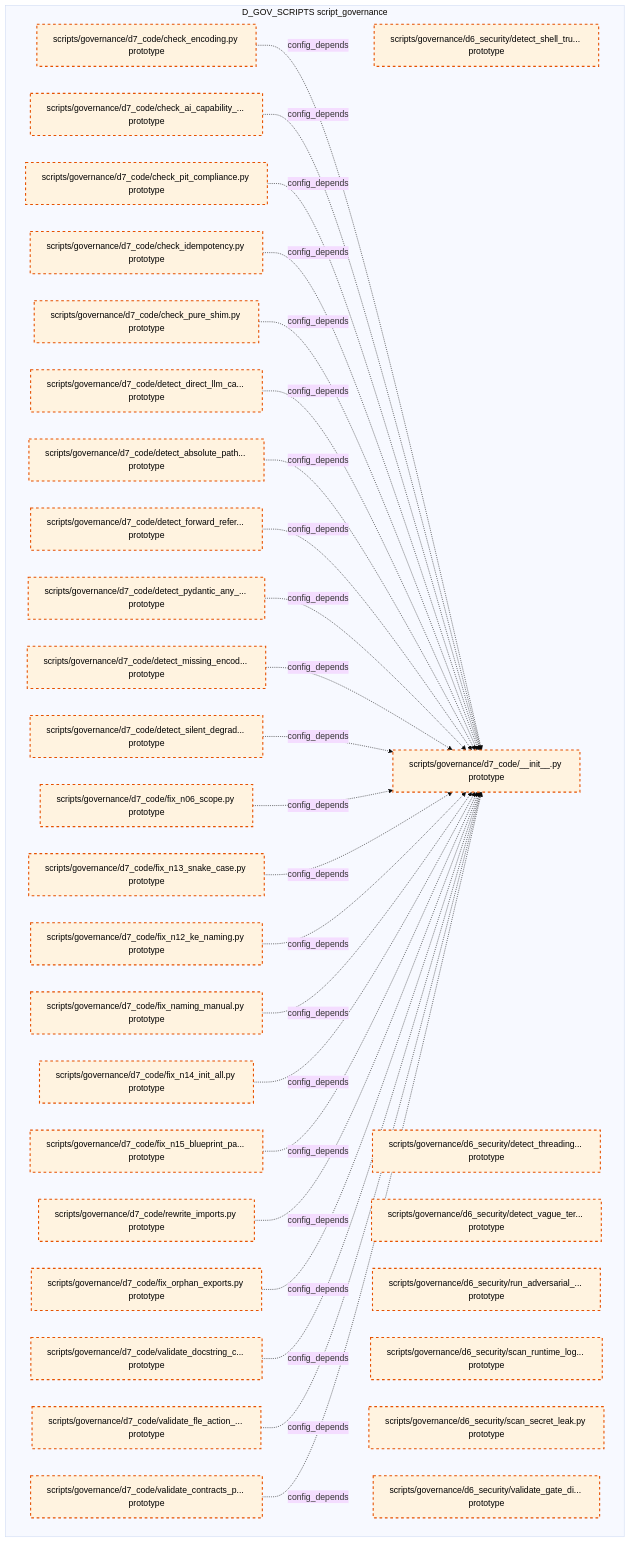
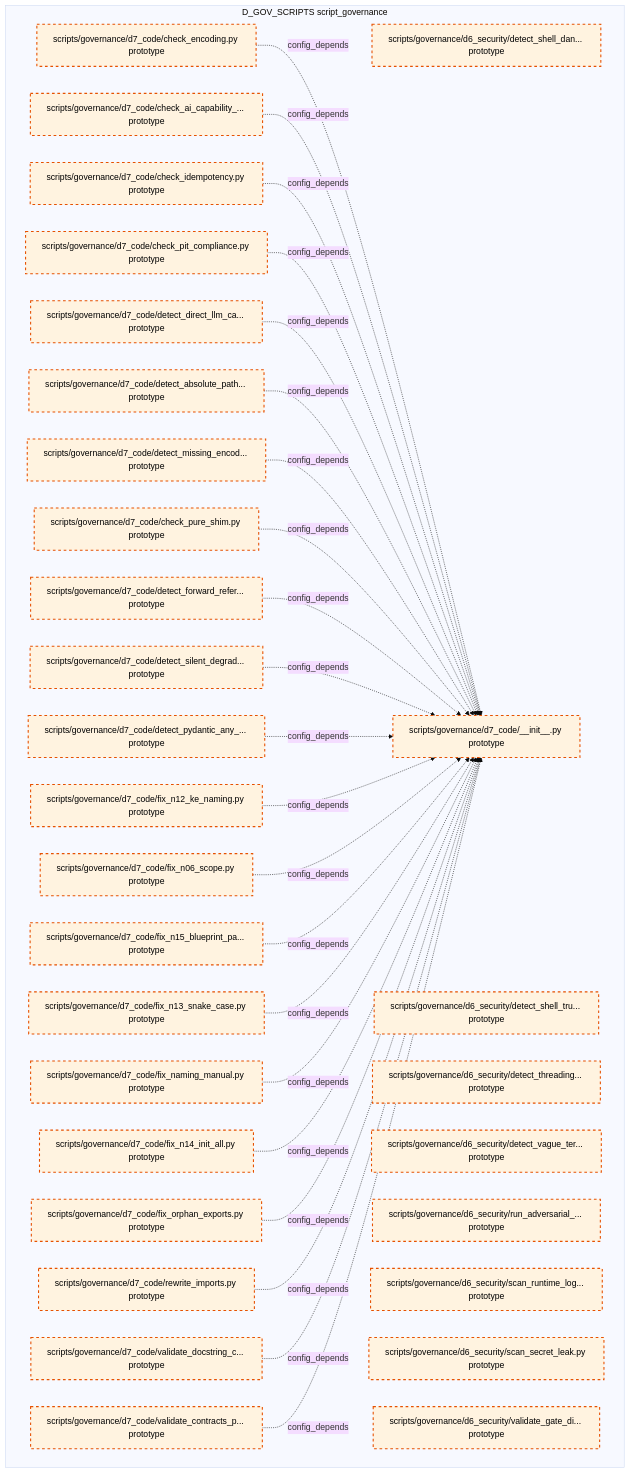
One commit to xuanFelixVan/ZephyrAlpha changed the tenth of 15 diagrams in docs/02_enterprise_architecture/02_domain_architecture_docs/36_d_gov_scripts.md. Above: the diagram before and after it, drawn with Mermaid (base theme). The commit also changed other lines of this file and 100 other files, not shown here.

````diff
--- a/docs/02_enterprise_architecture/02_domain_architecture_docs/36_d_gov_scripts.md
+++ b/docs/02_enterprise_architecture/02_domain_architecture_docs/36_d_gov_scripts.md
@@ -690,62 +688,61 @@
 ```mermaid
 graph TD
     subgraph D_GOV_SCRIPTS["D_GOV_SCRIPTS script_governance"]
+        scripts_governance_d6_security_detect_shell_dangerous_py["scripts/governance/d6_security/detect_shell_dan... prototype"]
         scripts_governance_d6_security_detect_shell_true_py["scripts/governance/d6_security/detect_shell_tru... prototype"]
         scripts_governance_d6_security_detect_threading_lock_py["scripts/governance/d6_security/detect_threading... prototype"]
         scripts_governance_d6_security_detect_vague_terms_py["scripts/governance/d6_security/detect_vague_ter... prototype"]
         scripts_governance_d6_security_run_adversarial_checks_py["scripts/governance/d6_security/run_adversarial_... prototype"]
         scripts_governance_d6_security_scan_runtime_log_secrets_py["scripts/governance/d6_security/scan_runtime_log... prototype"]
         scripts_governance_d6_security_scan_secret_leak_py["scripts/governance/d6_security/scan_secret_leak.py prototype"]
         scripts_governance_d6_security_validate_gate_discipline_py["scripts/governance/d6_security/validate_gate_di... prototype"]
         scripts_governance_d7_code_init_py["scripts/governance/d7_code/__init__.py prototype"]
         scripts_governance_d7_code_check_ai_capability_boundary_py["scripts/governance/d7_code/check_ai_capability_... prototype"]
         scripts_governance_d7_code_check_encoding_py["scripts/governance/d7_code/check_encoding.py prototype"]
         scripts_governance_d7_code_check_idempotency_py["scripts/governance/d7_code/check_idempotency.py prototype"]
         scripts_governance_d7_code_check_pit_compliance_py["scripts/governance/d7_code/check_pit_compliance.py prototype"]
         scripts_governance_d7_code_check_pure_shim_py["scripts/governance/d7_code/check_pure_shim.py prototype"]
         scripts_governance_d7_code_detect_absolute_path_hardcoding_py["scripts/governance/d7_code/detect_absolute_path... prototype"]
         scripts_governance_d7_code_detect_direct_llm_calls_py["scripts/governance/d7_code/detect_direct_llm_ca... prototype"]
         scripts_governance_d7_code_detect_forward_reference_py["scripts/governance/d7_code/detect_forward_refer... prototype"]
         scripts_governance_d7_code_detect_missing_encoding_py["scripts/governance/d7_code/detect_missing_encod... prototype"]
         scripts_governance_d7_code_detect_pydantic_any_fields_py["scripts/governance/d7_code/detect_pydantic_any_... prototype"]
         scripts_governance_d7_code_detect_silent_degradation_py["scripts/governance/d7_code/detect_silent_degrad... prototype"]
         scripts_governance_d7_code_fix_n06_scope_py["scripts/governance/d7_code/fix_n06_scope.py prototype"]
         scripts_governance_d7_code_fix_n12_ke_naming_py["scripts/governance/d7_code/fix_n12_ke_naming.py prototype"]
         scripts_governance_d7_code_fix_n13_snake_case_py["scripts/governance/d7_code/fix_n13_snake_case.py prototype"]
         scripts_governance_d7_code_fix_n14_init_all_py["scripts/governance/d7_code/fix_n14_init_all.py prototype"]
         scripts_governance_d7_code_fix_n15_blueprint_path_py["scripts/governance/d7_code/fix_n15_blueprint_pa... prototype"]
         scripts_governance_d7_code_fix_naming_manual_py["scripts/governance/d7_code/fix_naming_manual.py prototype"]
         scripts_governance_d7_code_fix_orphan_exports_py["scripts/governance/d7_code/fix_orphan_exports.py prototype"]
         scripts_governance_d7_code_rewrite_imports_py["scripts/governance/d7_code/rewrite_imports.py prototype"]
         scripts_governance_d7_code_validate_contracts_purity_py["scripts/governance/d7_code/validate_contracts_p... prototype"]
         scripts_governance_d7_code_validate_docstring_coverage_py["scripts/governance/d7_code/validate_docstring_c... prototype"]
-        scripts_governance_d7_code_validate_fle_action_metadata_py["scripts/governance/d7_code/validate_fle_action_... prototype"]
     end
     scripts_governance_d7_code_check_encoding_py -.->|config_depends| scripts_governance_d7_code_init_py
     scripts_governance_d7_code_check_ai_capability_boundary_py -.->|config_depends| scripts_governance_d7_code_init_py
+    scripts_governance_d7_code_check_idempotency_py -.->|config_depends| scripts_governance_d7_code_init_py
     scripts_governance_d7_code_check_pit_compliance_py -.->|config_depends| scripts_governance_d7_code_init_py
-    scripts_governance_d7_code_check_idempotency_py -.->|config_depends| scripts_governance_d7_code_init_py
-    scripts_governance_d7_code_check_pure_shim_py -.->|config_depends| scripts_governance_d7_code_init_py
     scripts_governance_d7_code_detect_direct_llm_calls_py -.->|config_depends| scripts_governance_d7_code_init_py
     scripts_governance_d7_code_detect_absolute_path_hardcoding_py -.->|config_depends| scripts_governance_d7_code_init_py
+    scripts_governance_d7_code_detect_missing_encoding_py -.->|config_depends| scripts_governance_d7_code_init_py
+    scripts_governance_d7_code_check_pure_shim_py -.->|config_depends| scripts_governance_d7_code_init_py
     scripts_governance_d7_code_detect_forward_reference_py -.->|config_depends| scripts_governance_d7_code_init_py
+    scripts_governance_d7_code_detect_silent_degradation_py -.->|config_depends| scripts_governance_d7_code_init_py
     scripts_governance_d7_code_detect_pydantic_any_fields_py -.->|config_depends| scripts_governance_d7_code_init_py
-    scripts_governance_d7_code_detect_missing_encoding_py -.->|config_depends| scripts_governance_d7_code_init_py
-    scripts_governance_d7_code_detect_silent_degradation_py -.->|config_depends| scripts_governance_d7_code_init_py
+    scripts_governance_d7_code_fix_n12_ke_naming_py -.->|config_depends| scripts_governance_d7_code_init_py
     scripts_governance_d7_code_fix_n06_scope_py -.->|config_depends| scripts_governance_d7_code_init_py
+    scripts_governance_d7_code_fix_n15_blueprint_path_py -.->|config_depends| scripts_governance_d7_code_init_py
     scripts_governance_d7_code_fix_n13_snake_case_py -.->|config_depends| scripts_governance_d7_code_init_py
-    scripts_governance_d7_code_fix_n12_ke_naming_py -.->|config_depends| scripts_governance_d7_code_init_py
     scripts_governance_d7_code_fix_naming_manual_py -.->|config_depends| scripts_governance_d7_code_init_py
     scripts_governance_d7_code_fix_n14_init_all_py -.->|config_depends| scripts_governance_d7_code_init_py
-    scripts_governance_d7_code_fix_n15_blueprint_path_py -.->|config_depends| scripts_governance_d7_code_init_py
+    scripts_governance_d7_code_fix_orphan_exports_py -.->|config_depends| scripts_governance_d7_code_init_py
     scripts_governance_d7_code_rewrite_imports_py -.->|config_depends| scripts_governance_d7_code_init_py
-    scripts_governance_d7_code_fix_orphan_exports_py -.->|config_depends| scripts_governance_d7_code_init_py
     scripts_governance_d7_code_validate_docstring_coverage_py -.->|config_depends| scripts_governance_d7_code_init_py
-    scripts_governance_d7_code_validate_fle_action_metadata_py -.->|config_depends| scripts_governance_d7_code_init_py
     scripts_governance_d7_code_validate_contracts_purity_py -.->|config_depends| scripts_governance_d7_code_init_py
     classDef production fill:#e1f5fe,stroke:#01579b,stroke-width:2px,color:#000
     classDef design fill:#fff3e0,stroke:#e65100,stroke-width:2px,color:#000,stroke-dasharray: 5 5
     classDef external_prod fill:#e8f5e9,stroke:#1b5e20,stroke-width:1px,color:#000
     classDef external_design fill:#fce4ec,stroke:#880e4f,stroke-width:1px,color:#000,stroke-dasharray: 5 5
-    class scripts_governance_d6_security_detect_shell_true_py,scripts_governance_d6_security_detect_threading_lock_py,scripts_governance_d6_security_detect_vague_terms_py,scripts_governance_d6_security_run_adversarial_checks_py,scripts_governance_d6_security_scan_runtime_log_secrets_py,scripts_governance_d6_security_scan_secret_leak_py,scripts_governance_d6_security_validate_gate_discipline_py,scripts_governance_d7_code_init_py,scripts_governance_d7_code_check_ai_capability_boundary_py,scripts_governance_d7_code_check_encoding_py,scripts_governance_d7_code_check_idempotency_py,scripts_governance_d7_code_check_pit_compliance_py,scripts_governance_d7_code_check_pure_shim_py,scripts_governance_d7_code_detect_absolute_path_hardcoding_py,scripts_governance_d7_code_detect_direct_llm_calls_py,scripts_governance_d7_code_detect_forward_reference_py,scripts_governance_d7_code_detect_missing_encoding_py,scripts_governance_d7_code_detect_pydantic_any_fields_py,scripts_governance_d7_code_detect_silent_degradation_py,scripts_governance_d7_code_fix_n06_scope_py,scripts_governance_d7_code_fix_n12_ke_naming_py,scripts_governance_d7_code_fix_n13_snake_case_py,scripts_governance_d7_code_fix_n14_init_all_py,scripts_governance_d7_code_fix_n15_blueprint_path_py,scripts_governance_d7_code_fix_naming_manual_py,scripts_governance_d7_code_fix_orphan_exports_py,scripts_governance_d7_code_rewrite_imports_py,scripts_governance_d7_code_validate_contracts_purity_py,scripts_governance_d7_code_validate_docstring_coverage_py,scripts_governance_d7_code_validate_fle_action_metadata_py design
+    class scripts_governance_d6_security_detect_shell_dangerous_py,scripts_governance_d6_security_detect_shell_true_py,scripts_governance_d6_security_detect_threading_lock_py,scripts_governance_d6_security_detect_vague_terms_py,scripts_governance_d6_security_run_adversarial_checks_py,scripts_governance_d6_security_scan_runtime_log_secrets_py,scripts_governance_d6_security_scan_secret_leak_py,scripts_governance_d6_security_validate_gate_discipline_py,scripts_governance_d7_code_init_py,scripts_governance_d7_code_check_ai_capability_boundary_py,scripts_governance_d7_code_check_encoding_py,scripts_governance_d7_code_check_idempotency_py,scripts_governance_d7_code_check_pit_compliance_py,scripts_governance_d7_code_check_pure_shim_py,scripts_governance_d7_code_detect_absolute_path_hardcoding_py,scripts_governance_d7_code_detect_direct_llm_calls_py,scripts_governance_d7_code_detect_forward_reference_py,scripts_governance_d7_code_detect_missing_encoding_py,scripts_governance_d7_code_detect_pydantic_any_fields_py,scripts_governance_d7_code_detect_silent_degradation_py,scripts_governance_d7_code_fix_n06_scope_py,scripts_governance_d7_code_fix_n12_ke_naming_py,scripts_governance_d7_code_fix_n13_snake_case_py,scripts_governance_d7_code_fix_n14_init_all_py,scripts_governance_d7_code_fix_n15_blueprint_path_py,scripts_governance_d7_code_fix_naming_manual_py,scripts_governance_d7_code_fix_orphan_exports_py,scripts_governance_d7_code_rewrite_imports_py,scripts_governance_d7_code_validate_contracts_purity_py,scripts_governance_d7_code_validate_docstring_coverage_py design
 ```
````
